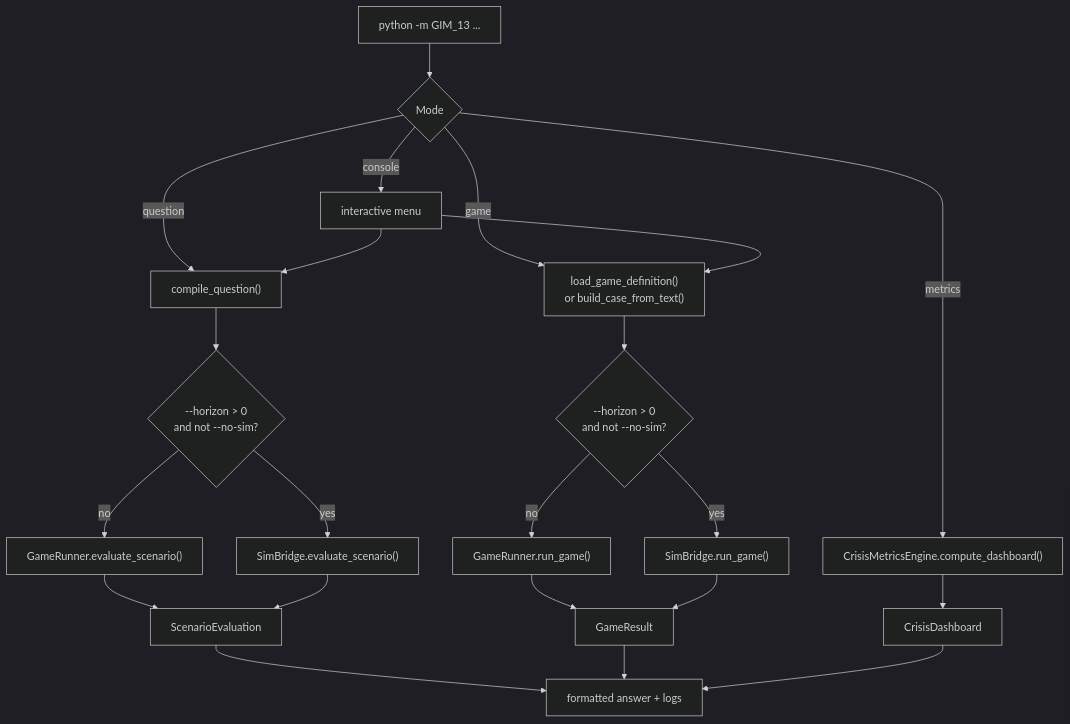
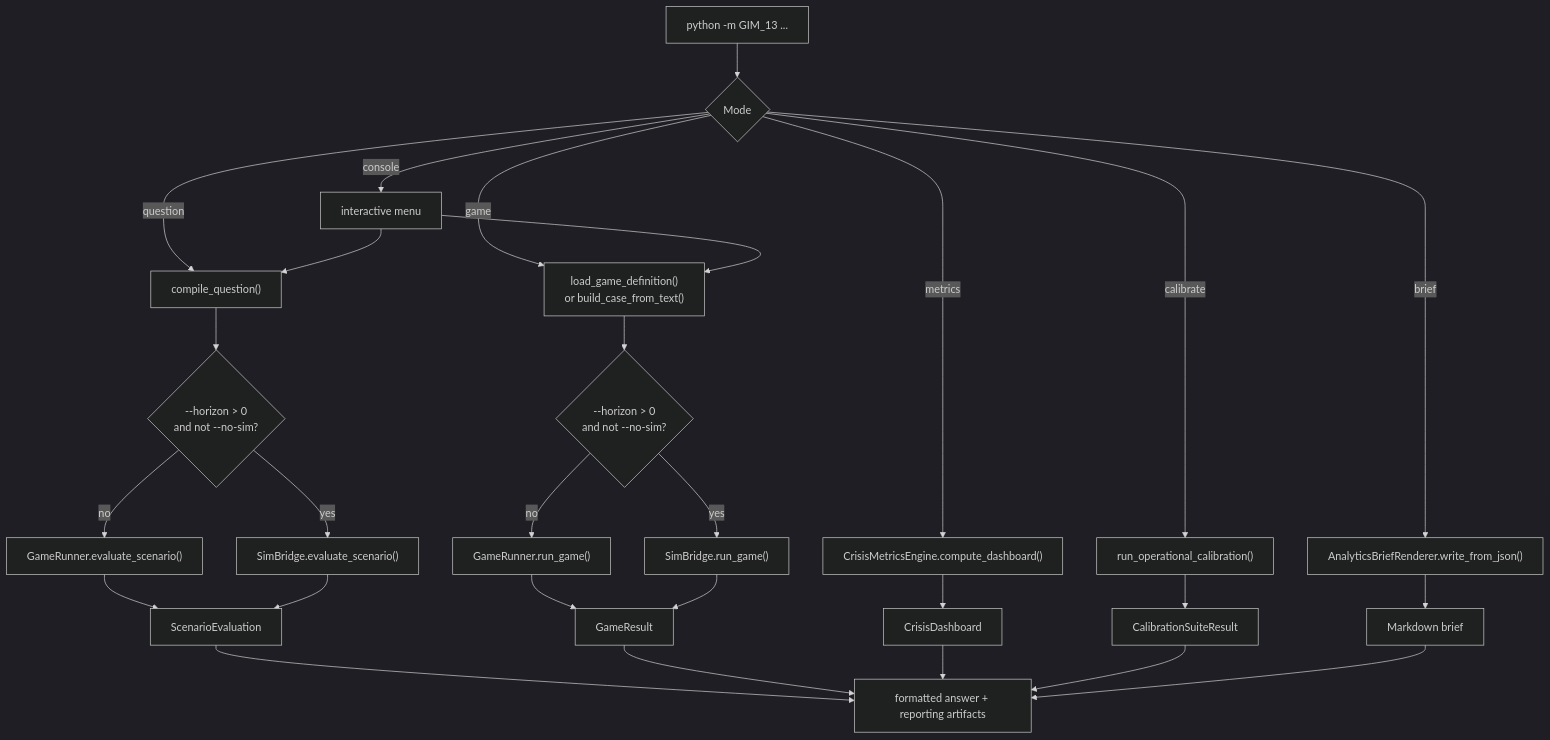
The second of 3 diagrams in README.md (Theclimateguy/GIM), drawn with Mermaid (dark theme) before and after one commit. The commit also changed other lines of this file, not shown here.

````diff
--- a/README.md
+++ b/README.md
@@ -127,29 +169,35 @@
 ```mermaid
 flowchart TD
     A["python -m GIM_13 ..."] --> B{"Mode"}
     B -->|question| C["compile_question()"]
     B -->|game| D["load_game_definition()<br/>or build_case_from_text()"]
     B -->|metrics| E["CrisisMetricsEngine.compute_dashboard()"]
-    B -->|console| F["interactive menu"]
+    B -->|calibrate| F["run_operational_calibration()"]
+    B -->|brief| G["AnalyticsBriefRenderer.write_from_json()"]
+    B -->|console| H["interactive menu"]
 
-    C --> G{"--horizon > 0<br/>and not --no-sim?"}
-    D --> H{"--horizon > 0<br/>and not --no-sim?"}
+    C --> I{"--horizon > 0<br/>and not --no-sim?"}
+    D --> J{"--horizon > 0<br/>and not --no-sim?"}
 
-    G -->|no| I["GameRunner.evaluate_scenario()"]
-    G -->|yes| J["SimBridge.evaluate_scenario()"]
-    H -->|no| K["GameRunner.run_game()"]
-    H -->|yes| L["SimBridge.run_game()"]
+    I -->|no| K["GameRunner.evaluate_scenario()"]
+    I -->|yes| L["SimBridge.evaluate_scenario()"]
+    J -->|no| M["GameRunner.run_game()"]
+    J -->|yes| N["SimBridge.run_game()"]
 
-    F --> C
-    F --> D
+    H --> C
+    H --> D
 
-    I --> M["ScenarioEvaluation"]
-    J --> M
-    K --> N["GameResult"]
-    L --> N
-    E --> O["CrisisDashboard"]
+    K --> O["ScenarioEvaluation"]
+    L --> O
+    M --> P["GameResult"]
+    N --> P
+    E --> Q["CrisisDashboard"]
+    F --> R["CalibrationSuiteResult"]
+    G --> S["Markdown brief"]
 
-    M --> P["formatted answer + logs"]
-    N --> P
-    O --> P
+    O --> T["formatted answer + reporting artifacts"]
+    P --> T
+    Q --> T
+    R --> T
+    S --> T
 ```
````
